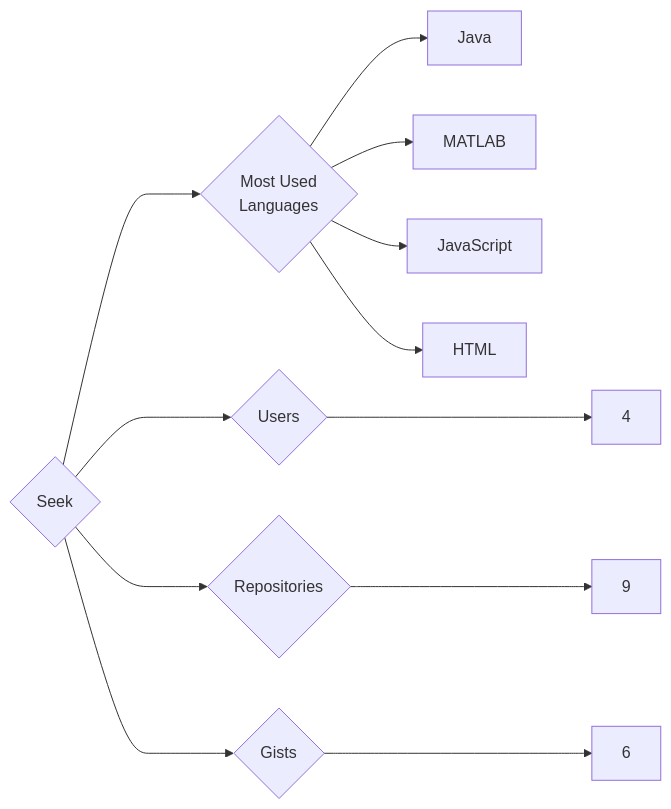
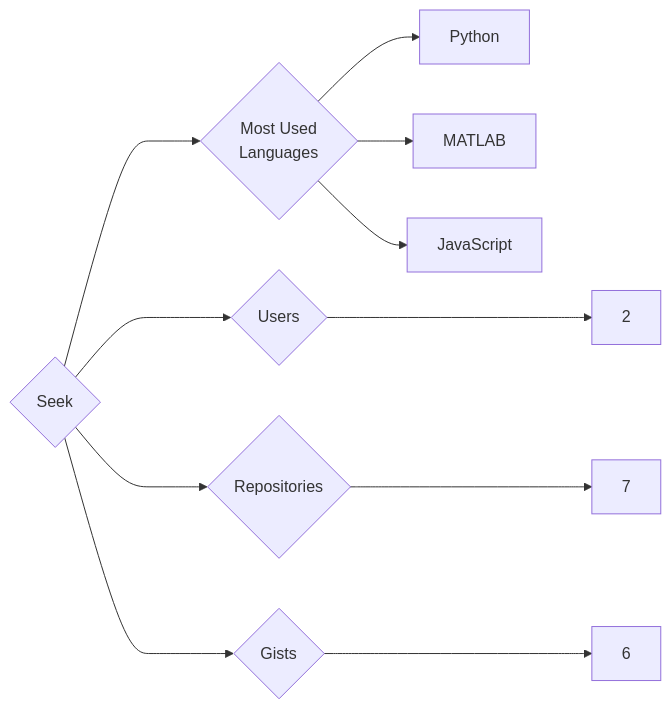
One commit to trickest/insiders changed the diagram in targets/Seek/README.md. Above: the diagram before and after it, drawn with Mermaid. The commit also changed 582 other files, not shown here.

````diff
--- a/targets/Seek/README.md
+++ b/targets/Seek/README.md
@@ -3,12 +3,11 @@
 ```mermaid
 graph LR
 COMPANY_NAME{Seek}
-COMPANY_NAME ---> U{Users} ---> UN[4]
-COMPANY_NAME ---> R{Repositories} ---> RN[9]
+COMPANY_NAME ---> U{Users} ---> UN[2]
+COMPANY_NAME ---> R{Repositories} ---> RN[7]
 COMPANY_NAME ---> G{Gists} ---> GN[6]
 COMPANY_NAME ---> ML{Most Used<br>Languages}
-ML --> Java[Java]
+ML --> Python[Python]
 ML --> MATLAB[MATLAB]
 ML --> JavaScript[JavaScript]
-ML --> HTML[HTML]
 ```
````
